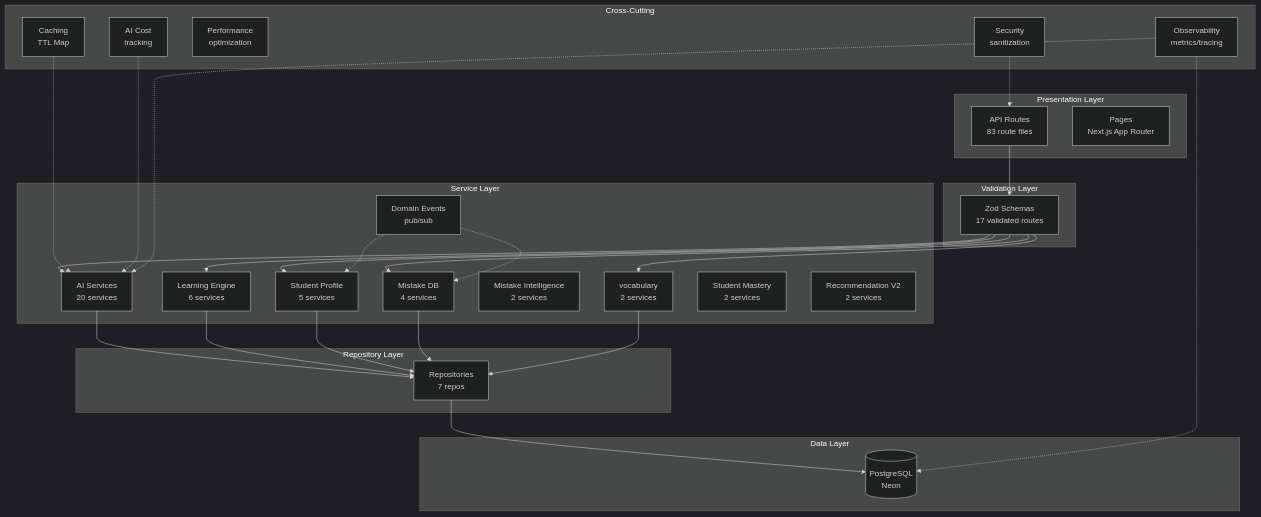
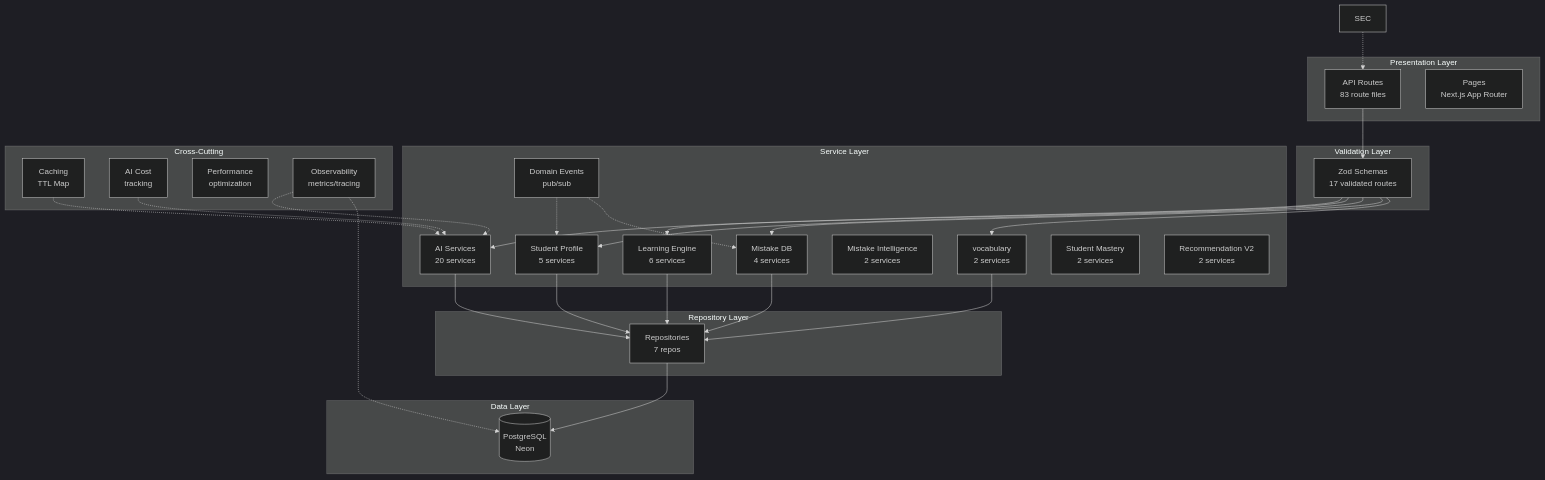
Before and after one commit to ipwh/ai-english-platform: the first of 3 diagrams in docs/ARCHITECTURE.md, drawn with Mermaid (dark theme). The commit also changed other lines of this file and 53 other files, not shown here.

````diff
--- a/docs/ARCHITECTURE.md
+++ b/docs/ARCHITECTURE.md
@@ -8,60 +8,59 @@
 ```mermaid
 graph TB
     subgraph "Presentation Layer"
         ROUTES[API Routes<br/>83 route files]
         PAGES[Pages<br/>Next.js App Router]
     end
 
     subgraph "Validation Layer"
         ZOD[Zod Schemas<br/>17 validated routes]
     end
 
     subgraph "Service Layer"
         AI[AI Services<br/>20 services]
         LEARNING[Learning Engine<br/>6 services]
         PROFILE[Student Profile<br/>5 services]
         MISTAKE[Mistake DB<br/>4 services]
         MISTAKE_INTEL[Mistake Intelligence<br/>2 services]
         VOCAB[vocabulary<br/>2 services]
         MASTERY[Student Mastery<br/>2 services]
         RECO_V2[Recommendation V2<br/>2 services]
         EVENTS[Domain Events<br/>pub/sub]
     end
 
     subgraph "Repository Layer"
         REPO[Repositories<br/>7 repos]
     end
 
     subgraph "Data Layer"
         DB[(PostgreSQL<br/>Neon)]
     end
 
     subgraph "Cross-Cutting"
         CACHE[Caching<br/>TTL Map]
         COST[AI Cost<br/>tracking]
         PERF[Performance<br/>optimization]
-        SEC[Security<br/>sanitization]
         OBS[Observability<br/>metrics/tracing]
     end
 
     ROUTES --> ZOD
     ZOD --> AI
     ZOD --> LEARNING
     ZOD --> PROFILE
     ZOD --> MISTAKE
     ZOD --> VOCAB
     AI --> REPO
     LEARNING --> REPO
     PROFILE --> REPO
     MISTAKE --> REPO
     VOCAB --> REPO
     REPO --> DB
 
     EVENTS -.-> PROFILE
     EVENTS -.-> MISTAKE
     CACHE -.-> AI
     COST -.-> AI
     SEC -.-> ROUTES
     OBS -.-> AI
     OBS -.-> DB
 ```
````
